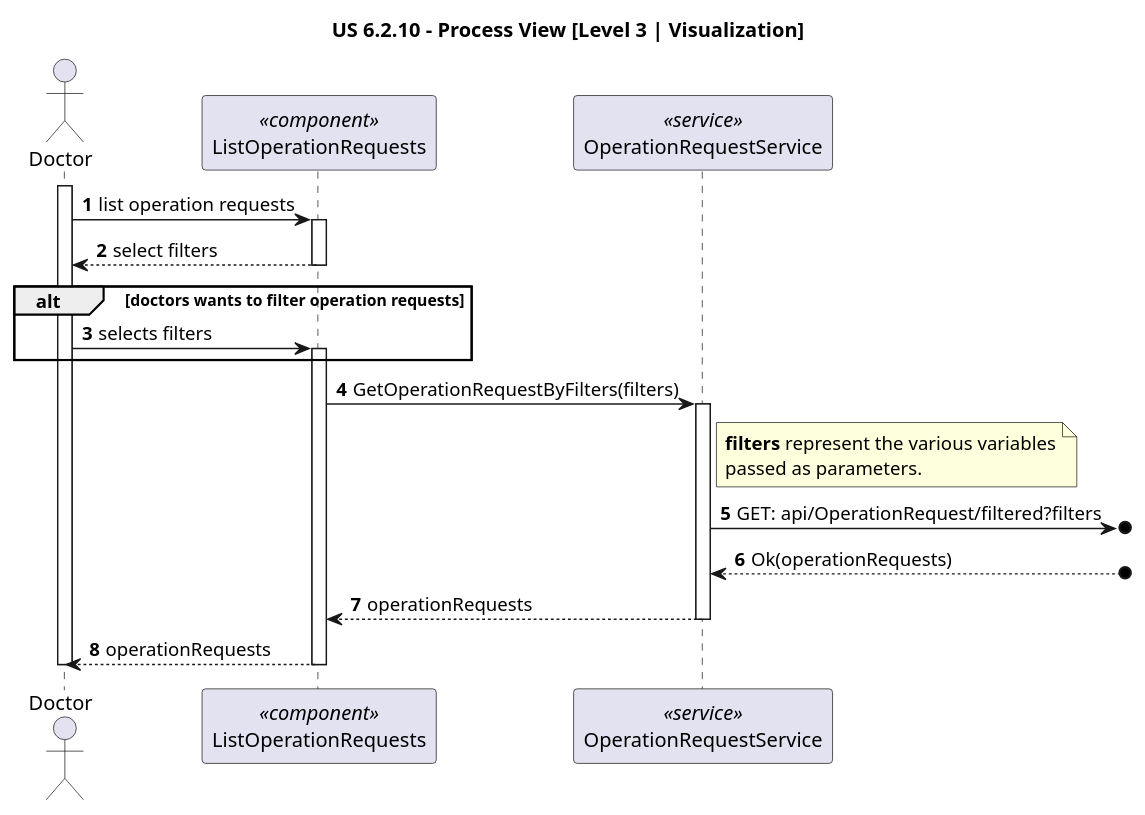
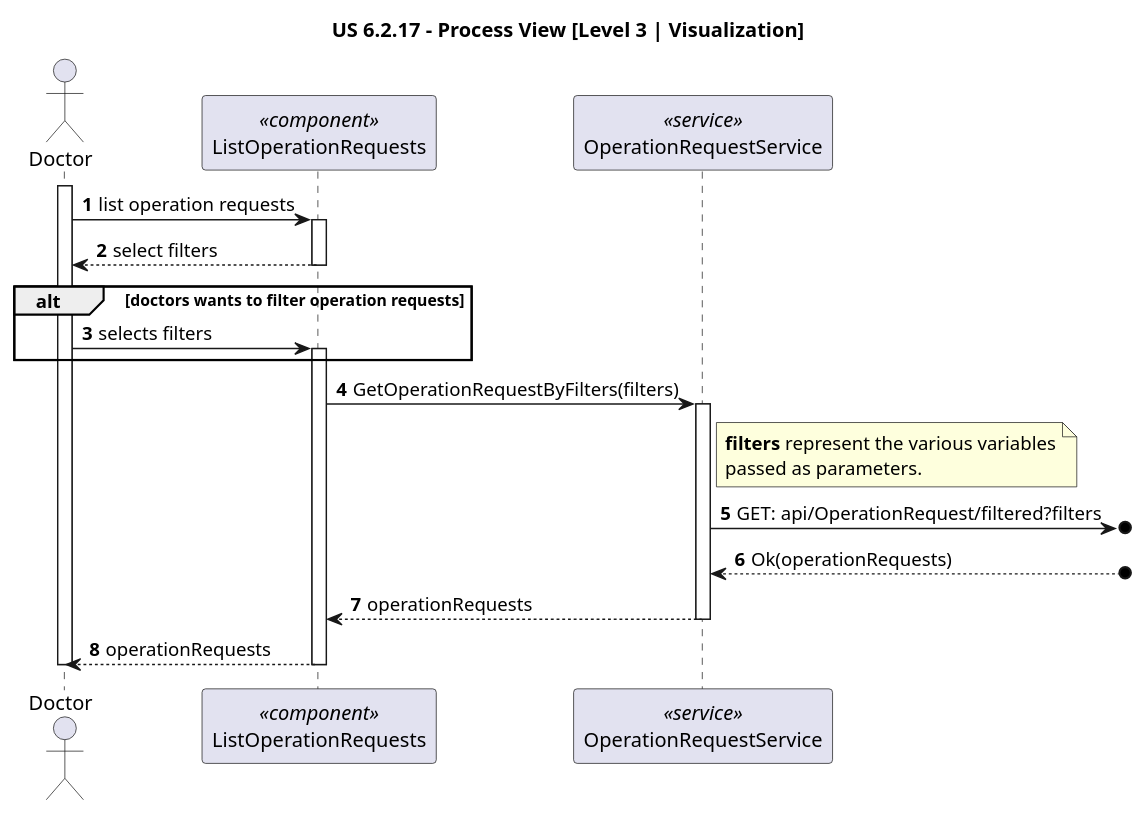
The diagram in docs/sprint-2/1220841/us-6.2.17/diagrams/level-3-process-view-visualization.puml (rita-barbosa/LAPR5-2425), drawn with PlantUML before and after one commit. The commit also changed 10 other files, not shown here.

Commit message:
DG38-442 | docs: corrects the titles of the process view diagrams.

```diff
--- a/docs/sprint-2/1220841/us-6.2.17/diagrams/level-3-process-view-visualization.puml
+++ b/docs/sprint-2/1220841/us-6.2.17/diagrams/level-3-process-view-visualization.puml
@@ -1,41 +1,41 @@
 @startuml
 
-title "US 6.2.10 - Process View [Level 3 | Visualization]"
+title "US 6.2.17 - Process View [Level 3 | Visualization]"
 
 autonumber
 actor Doctor as USER 
 participant "ListOperationRequests" as UPP <<component>> 
 participant "OperationRequestService" as SS <<service>>
 
 activate USER
 USER -> UPP : list operation requests
 activate UPP
 
 UPP --> USER: select filters
 deactivate UPP
 
 alt doctors wants to filter operation requests
 
 USER -> UPP: selects filters
 activate UPP
 
 end alt 
 
 UPP -> SS: GetOperationRequestByFilters(filters)
 activate SS
 note right of SS: **filters** represent the various variables\npassed as parameters.
 
 SS ->o] : GET: api/OperationRequest/filtered?filters
 
 SS <--o] : Ok(operationRequests)
 
 SS --> UPP: operationRequests
 deactivate SS
 
 UPP --> USER: operationRequests
 deactivate UPP
 deactivate USER
 
 
 
 @enduml
```
